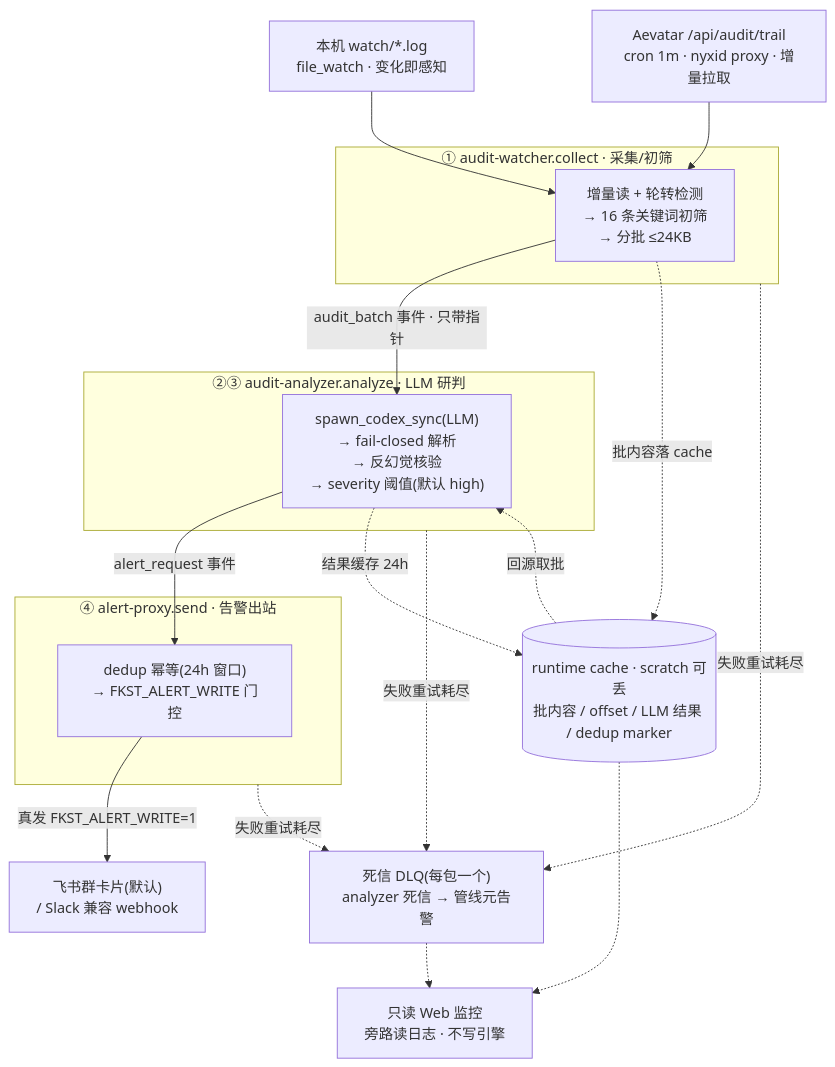
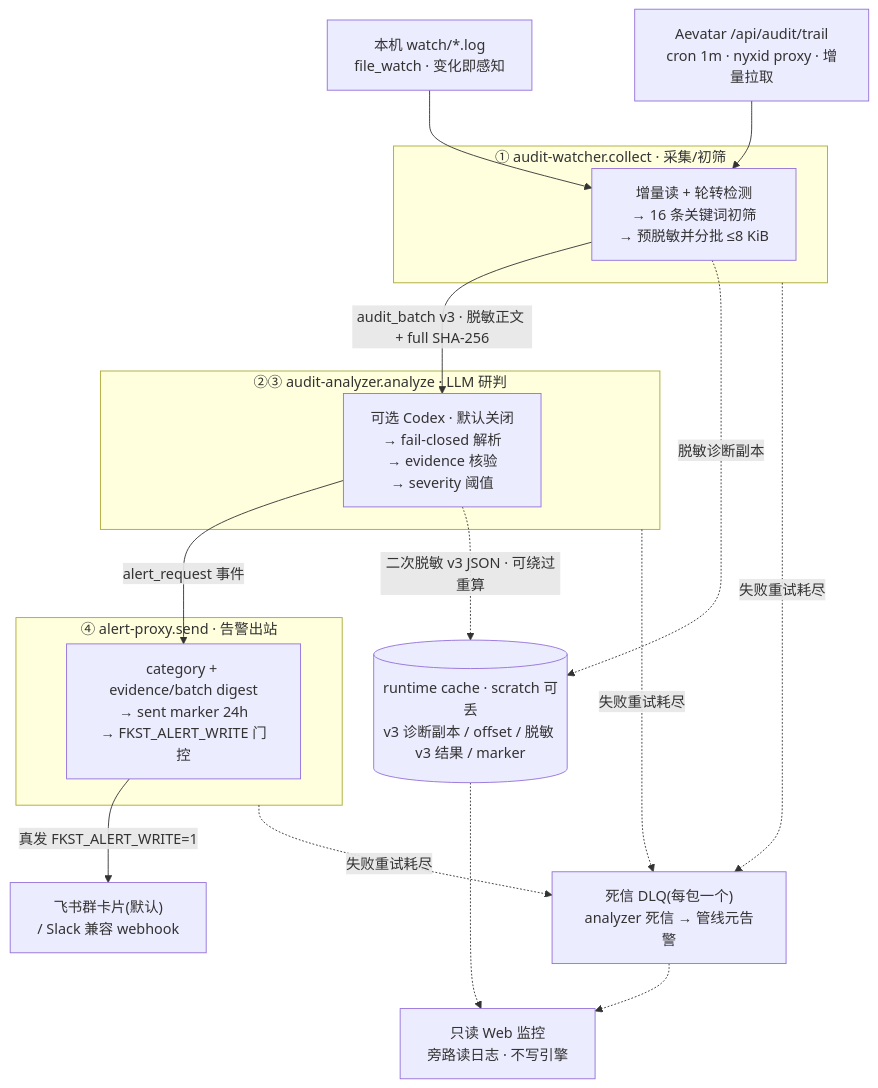
The second of 4 diagrams in README.md (eanz17/fkst-audit-log), drawn with Mermaid before and after one commit. The commit also changed other lines of this file and 64 other files, not shown here.

````diff
--- a/README.md
+++ b/README.md
@@ -351,34 +388,33 @@
 ```mermaid
 flowchart TB
   F["本机 watch/*.log<br/>file_watch · 变化即感知"]
   A["Aevatar /api/audit/trail<br/>cron 1m · nyxid proxy · 增量拉取"]
 
   subgraph WATCH["① audit-watcher.collect · 采集/初筛"]
-    W["增量读 + 轮转检测<br/>→ 16 条关键词初筛<br/>→ 分批 ≤24KB"]
+    W["增量读 + 轮转检测<br/>→ 16 条关键词初筛<br/>→ 预脱敏并分批 ≤8 KiB"]
   end
   subgraph ANALYZE["②③ audit-analyzer.analyze · LLM 研判"]
-    N["spawn_codex_sync(LLM)<br/>→ fail-closed 解析<br/>→ 反幻觉核验<br/>→ severity 阈值(默认 high)"]
+    N["可选 Codex · 默认关闭<br/>→ fail-closed 解析<br/>→ evidence 核验<br/>→ severity 阈值"]
   end
   subgraph PROXY["④ alert-proxy.send · 告警出站"]
-    P["dedup 幂等(24h 窗口)<br/>→ FKST_ALERT_WRITE 门控"]
+    P["category + evidence/batch digest<br/>→ sent marker 24h<br/>→ FKST_ALERT_WRITE 门控"]
   end
 
-  CACHE[("runtime cache · scratch 可丢<br/>批内容 / offset / LLM 结果 / dedup marker")]
+  CACHE[("runtime cache · scratch 可丢<br/>v3 诊断副本 / offset / 脱敏 v3 结果 / marker")]
   SINK["飞书群卡片(默认)<br/>/ Slack 兼容 webhook"]
   DLQ["死信 DLQ(每包一个)<br/>analyzer 死信 → 管线元告警"]
   WEB["只读 Web 监控<br/>旁路读日志 · 不写引擎"]
 
   F --> W
   A --> W
-  W -->|"audit_batch 事件 · 只带指针"| N
+  W -->|"audit_batch v3 · 脱敏正文 + full SHA-256"| N
   N -->|"alert_request 事件"| P
   P -->|"真发 FKST_ALERT_WRITE=1"| SINK
-  W -.->|"批内容落 cache"| CACHE
-  CACHE -.->|"回源取批"| N
-  N -.->|"结果缓存 24h"| CACHE
+  W -.->|"脱敏诊断副本"| CACHE
+  N -.->|"二次脱敏 v3 JSON · 可绕过重算"| CACHE
   WATCH -.->|"失败重试耗尽"| DLQ
   ANALYZE -.->|"失败重试耗尽"| DLQ
   PROXY -.->|"失败重试耗尽"| DLQ
   DLQ -.-> WEB
   CACHE -.-> WEB
 ```
````
